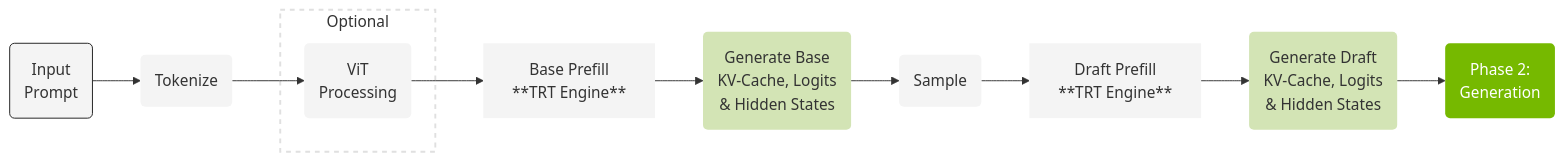
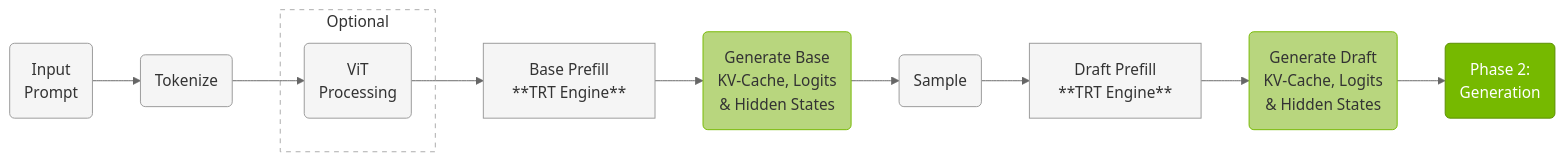
The second of 3 diagrams in docs/source/developer_guide/04.3_LLM_Inference_SpecDecode_Runtime.md (ConstBob/TensorRT-Edge-LLM), drawn with Mermaid before and after one commit. The commit also changed other lines of this file and 20 other files, not shown here.

````diff
--- a/docs/source/developer_guide/04.3_LLM_Inference_SpecDecode_Runtime.md
+++ b/docs/source/developer_guide/04.3_LLM_Inference_SpecDecode_Runtime.md
@@ -209,38 +98,38 @@
 ```mermaid
-%%{init: {'themeVariables': {'edgeLabelBackground': 'white'}}}%%
+%%{init: {'theme':'neutral', 'themeVariables': {'primaryColor':'#76B900','primaryTextColor':'#fff','primaryBorderColor':'#5a8f00','lineColor':'#666','edgeLabelBackground':'#ffffff','labelTextColor':'#000','clusterBkg':'#ffffff','clusterBorder':'#999'}}}%%
 graph LR
     INPUT_PROMPT(Input<BR>Prompt)
     TOKENIZER(Tokenize)
     
     subgraph VIT_BOX ["Optional"]
         VIT_PROCESS(ViT<br>Processing)
     end
     
     BASE_PREFILL_ENGINE[Base Prefill<BR>**TRT Engine**]
     BASE_KV_GEN(Generate Base<BR>KV-Cache, Logits <BR>& Hidden States)
     BASE_SAMPLE(Sample)
     DRAFT_PREFILL_ENGINE[Draft Prefill<BR>**TRT Engine**]
     DRAFT_KV_GEN(Generate Draft<BR>KV-Cache, Logits<BR>& Hidden States)
     PHASE2_START(Phase 2:<BR>Generation)
     
     INPUT_PROMPT --> TOKENIZER
     TOKENIZER --> VIT_PROCESS
     VIT_PROCESS --> BASE_PREFILL_ENGINE
     BASE_PREFILL_ENGINE --> BASE_KV_GEN
     BASE_KV_GEN --> BASE_SAMPLE
     BASE_SAMPLE --> DRAFT_PREFILL_ENGINE
     DRAFT_PREFILL_ENGINE --> DRAFT_KV_GEN
     DRAFT_KV_GEN --> PHASE2_START
     
-    classDef greyNode fill:#f4f4f4, stroke-width:0px
-    classDef nvNode fill:#76B900, stroke-width:0px, color:#ffffff
-    classDef nvLightNode fill:#D3E4B5, stroke-width:0px
-    classDef inputNode fill:#f4f4f4, stroke: #202020
-    classDef optionalBox fill:transparent, stroke:#e0e0e0, stroke-width:2px, stroke-dasharray: 5 5
+    classDef greyNode fill:#f5f5f5,stroke:#999,stroke-width:1px,color:#333
+    classDef nvNode fill:#76B900,stroke:#5a8f00,stroke-width:1px,color:#fff
+    classDef nvLightNode fill:#b8d67e,stroke:#76B900,stroke-width:1px,color:#333
+    classDef inputNode fill:#f5f5f5,stroke:#999,stroke-width:1px,color:#333
+    classDef optionalBox fill:none,stroke:#aaa,stroke-width:1px,stroke-dasharray:5 5
     
     class PHASE2_START nvNode
     class INPUT_PROMPT inputNode
     class TOKENIZER,VIT_PROCESS,BASE_PREFILL_ENGINE,DRAFT_PREFILL_ENGINE,BASE_SAMPLE greyNode
     class BASE_KV_GEN,DRAFT_KV_GEN nvLightNode
     class VIT_BOX optionalBox
 ```
````
